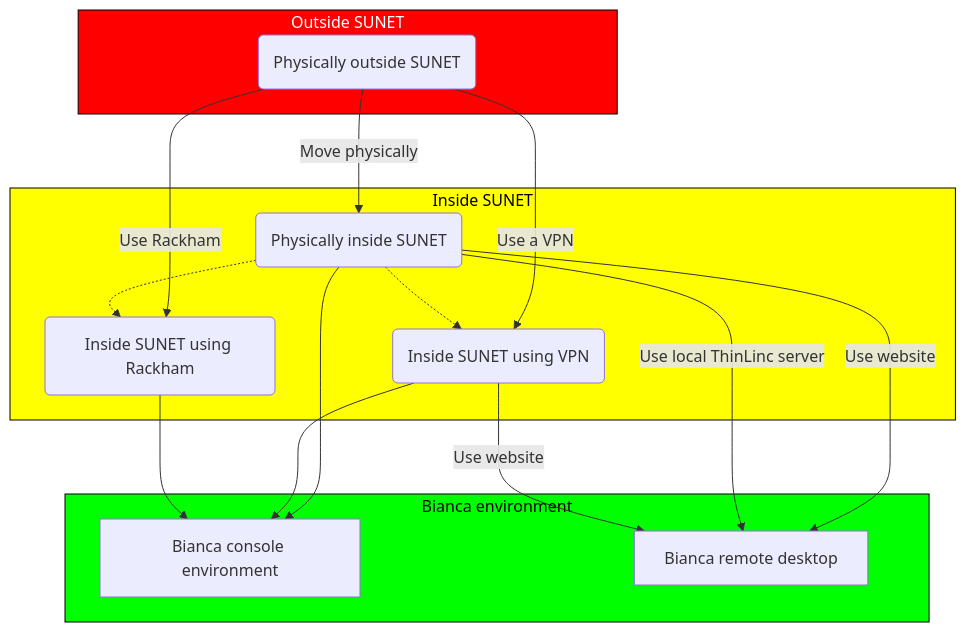
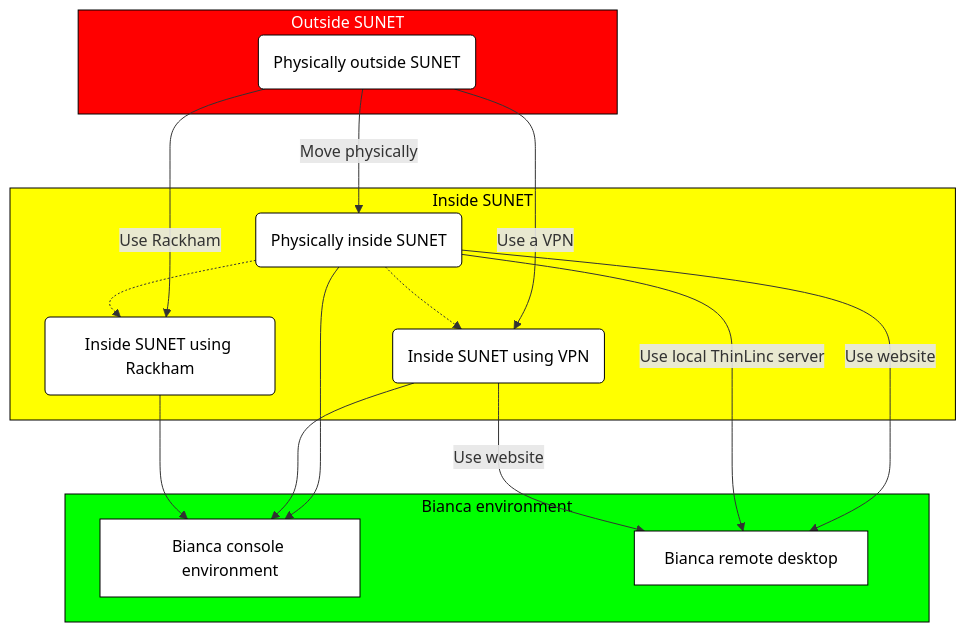
One commit to UPPMAX/bianca_workshop changed the diagram in docs/login_bianca.md. Above: the diagram before and after it, drawn with Mermaid.

Commit message:
Nodes are transparent by default, make them opaque

````diff
--- a/docs/login_bianca.md
+++ b/docs/login_bianca.md
@@ -12,35 +12,41 @@
 ```mermaid
 flowchart TD
 
     subgraph sub_outside[Outside SUNET]
       outside(Physically outside SUNET)
+      style outside fill:#fff,color:#000,stroke:#000
     end    
     style sub_outside fill:#f00,color:#fff,stroke:#000
 
     subgraph sub_inside[Inside SUNET]
       physically_inside(Physically inside SUNET)
       inside_using_vpn(Inside SUNET using VPN)
       inside_using_rackham(Inside SUNET using Rackham)
+      style physically_inside fill:#fff,color:#000,stroke:#000
+      style inside_using_vpn fill:#fff,color:#000,stroke:#000
+      style inside_using_rackham fill:#fff,color:#000,stroke:#000
     end
     style sub_inside fill:#ff0,color:#000,stroke:#000
 
     subgraph sub_bianca_env[Bianca environment]
       bianca_console[Bianca console environment]
       bianca_remote_desktop[Bianca remote desktop] 
+      style bianca_console fill:#fff,color:#000,stroke:#000
+      style bianca_remote_desktop fill:#fff,color:#000,stroke:#000
       %% style bianca_console fill:#000,color:#0f0,stroke:#000
       %% style bianca_remote_desktop fill:#bbf,color:#fff,stroke:#00f
     end
     style sub_bianca_env fill:#0f0,color:#000,stroke:#000
 
     outside-->|Move physically|physically_inside
     outside-->|Use a VPN|inside_using_vpn
     outside-->|Use Rackham|inside_using_rackham
     physically_inside-->bianca_console
     physically_inside-->|Use website|bianca_remote_desktop
     physically_inside-->|Use local ThinLinc server|bianca_remote_desktop
     physically_inside-.->inside_using_rackham
     physically_inside-.->inside_using_vpn
     inside_using_vpn-->bianca_console
     inside_using_vpn-->|Use website|bianca_remote_desktop
     inside_using_rackham-->bianca_console
 ```
````
